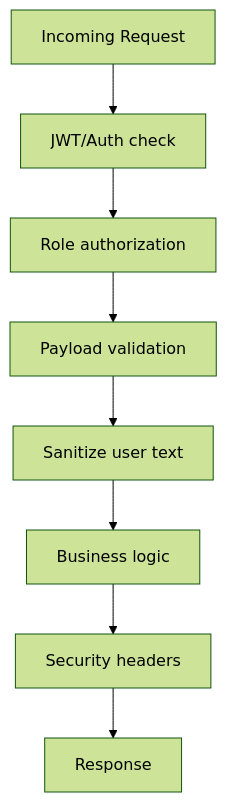
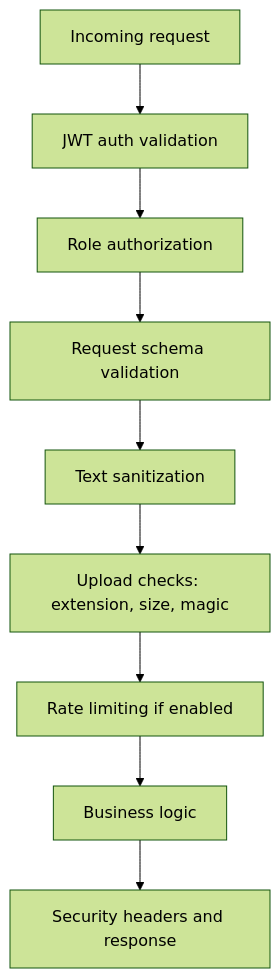
One commit to ark5234/Jan-Sunwai-AI changed the tenth of 15 diagrams in docs/reports/PROJECT_REPORT.md. Above: the diagram before and after it, drawn with Mermaid (forest theme). The commit also changed other lines of this file, not shown here.

Commit message:
docs: restructure PROJECT_REPORT.md for clarity and detail; enhance sections on problem statement, objectives, and system architecture

````diff
--- a/docs/reports/PROJECT_REPORT.md
+++ b/docs/reports/PROJECT_REPORT.md
@@ -235,10 +338,11 @@
 ```mermaid
 flowchart TD
-    Req[Incoming Request] --> Auth[JWT/Auth check]
+    Req[Incoming request] --> Auth[JWT auth validation]
     Auth --> Role[Role authorization]
-    Role --> Validate[Payload validation]
-    Validate --> Sanitize[Sanitize user text]
-    Sanitize --> Process[Business logic]
-    Process --> Headers[Security headers]
-    Headers --> Resp[Response]
+    Role --> Validate[Request schema validation]
+    Validate --> Sanitize[Text sanitization]
+    Sanitize --> UploadGuard[Upload checks: extension, size, magic]
+    UploadGuard --> RateLimit[Rate limiting if enabled]
+    RateLimit --> Logic[Business logic]
+    Logic --> Headers[Security headers and response]
 ```
````
